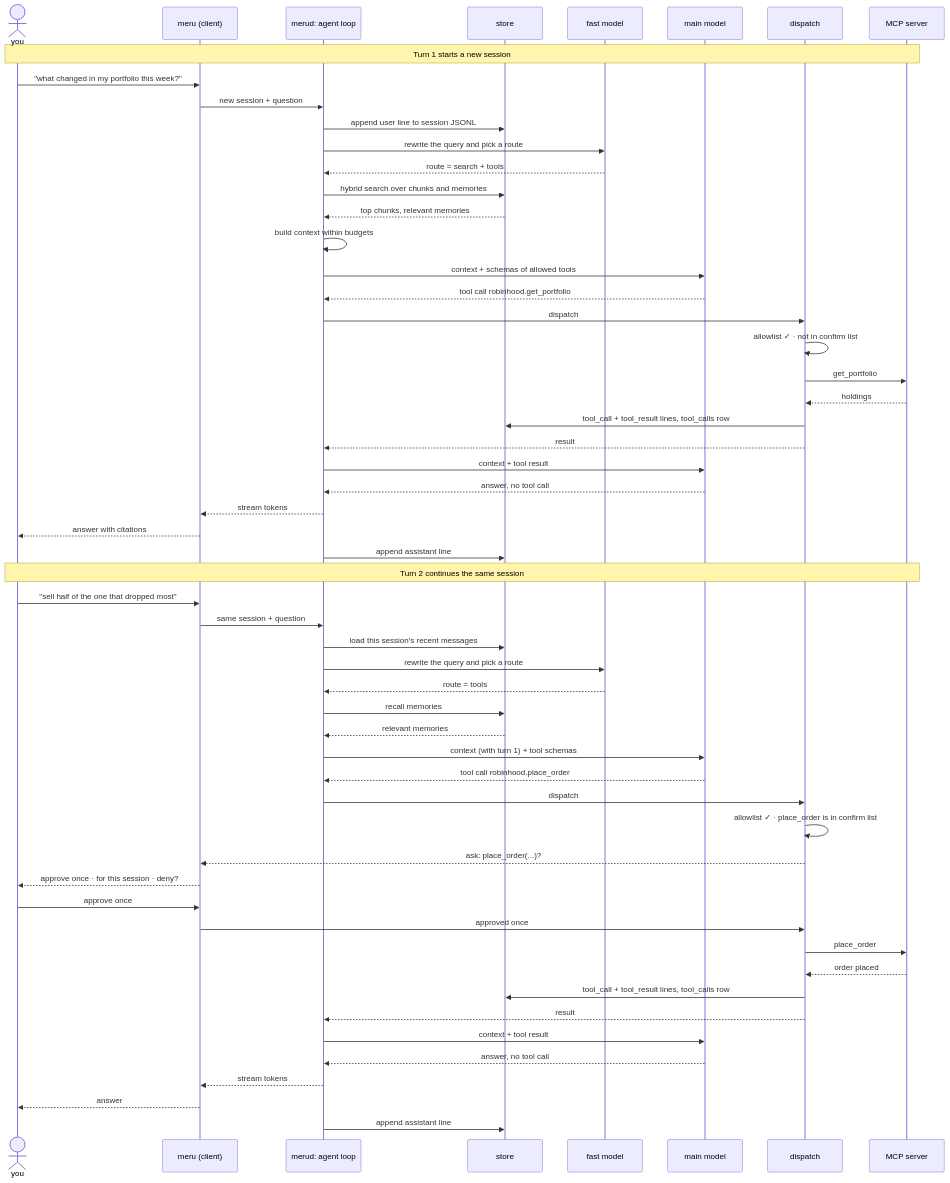
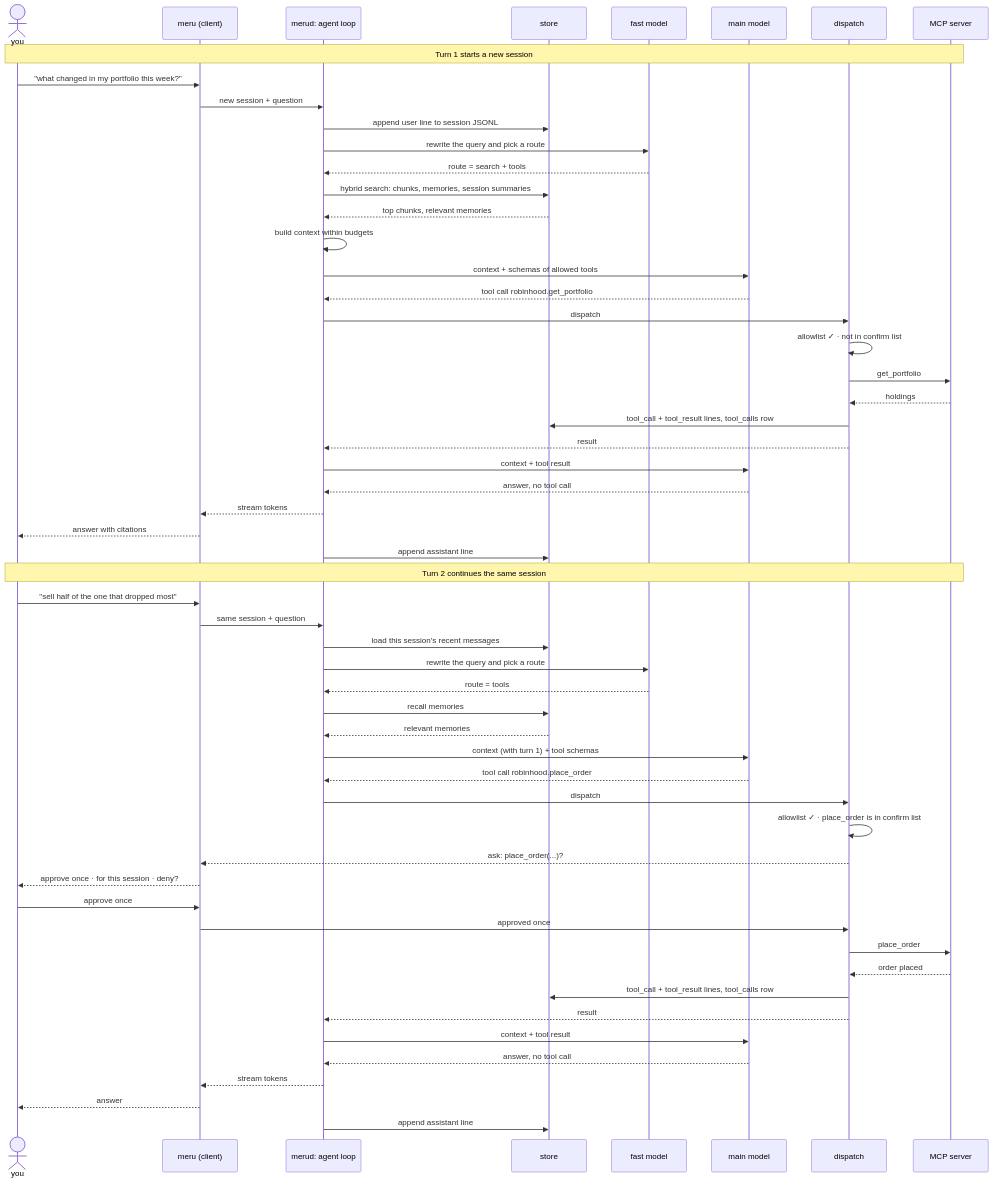
One commit to aarora79/meru changed the second of 5 diagrams in ARCHITECTURE.md. Above: the diagram before and after it, drawn with Mermaid. The commit also changed other lines of this file and 8 other files, not shown here.

First line of the commit message:
Docs: split the architecture into levels 100, 200 and 300

````diff
--- a/ARCHITECTURE.md
+++ b/ARCHITECTURE.md
@@ -184,60 +193,60 @@
 ```mermaid
 sequenceDiagram
     actor U as you
     participant C as meru (client)
     participant L as merud: agent loop
     participant S as store
     participant F as fast model
     participant M as main model
     participant D as dispatch
     participant T as MCP server
 
     Note over U,T: Turn 1 starts a new session
     U->>C: "what changed in my portfolio this week?"
     C->>L: new session + question
     L->>S: append user line to session JSONL
     L->>F: rewrite the query and pick a route
     F-->>L: route = search + tools
-    L->>S: hybrid search over chunks and memories
+    L->>S: hybrid search: chunks, memories, session summaries
     S-->>L: top chunks, relevant memories
     L->>L: build context within budgets
     L->>M: context + schemas of allowed tools
     M-->>L: tool call robinhood.get_portfolio
     L->>D: dispatch
     D->>D: allowlist ✓ · not in confirm list
     D->>T: get_portfolio
     T-->>D: holdings
     D->>S: tool_call + tool_result lines, tool_calls row
     D-->>L: result
     L->>M: context + tool result
     M-->>L: answer, no tool call
     L-->>C: stream tokens
     C-->>U: answer with citations
     L->>S: append assistant line
 
     Note over U,T: Turn 2 continues the same session
     U->>C: "sell half of the one that dropped most"
     C->>L: same session + question
     L->>S: load this session's recent messages
     L->>F: rewrite the query and pick a route
     F-->>L: route = tools
     L->>S: recall memories
     S-->>L: relevant memories
     L->>M: context (with turn 1) + tool schemas
     M-->>L: tool call robinhood.place_order
     L->>D: dispatch
     D->>D: allowlist ✓ · place_order is in confirm list
     D-->>C: ask: place_order(...)?
     C-->>U: approve once · for this session · deny?
     U->>C: approve once
     C->>D: approved once
     D->>T: place_order
     T-->>D: order placed
     D->>S: tool_call + tool_result lines, tool_calls row
     D-->>L: result
     L->>M: context + tool result
     M-->>L: answer, no tool call
     L-->>C: stream tokens
     C-->>U: answer
     L->>S: append assistant line
 ```
````
